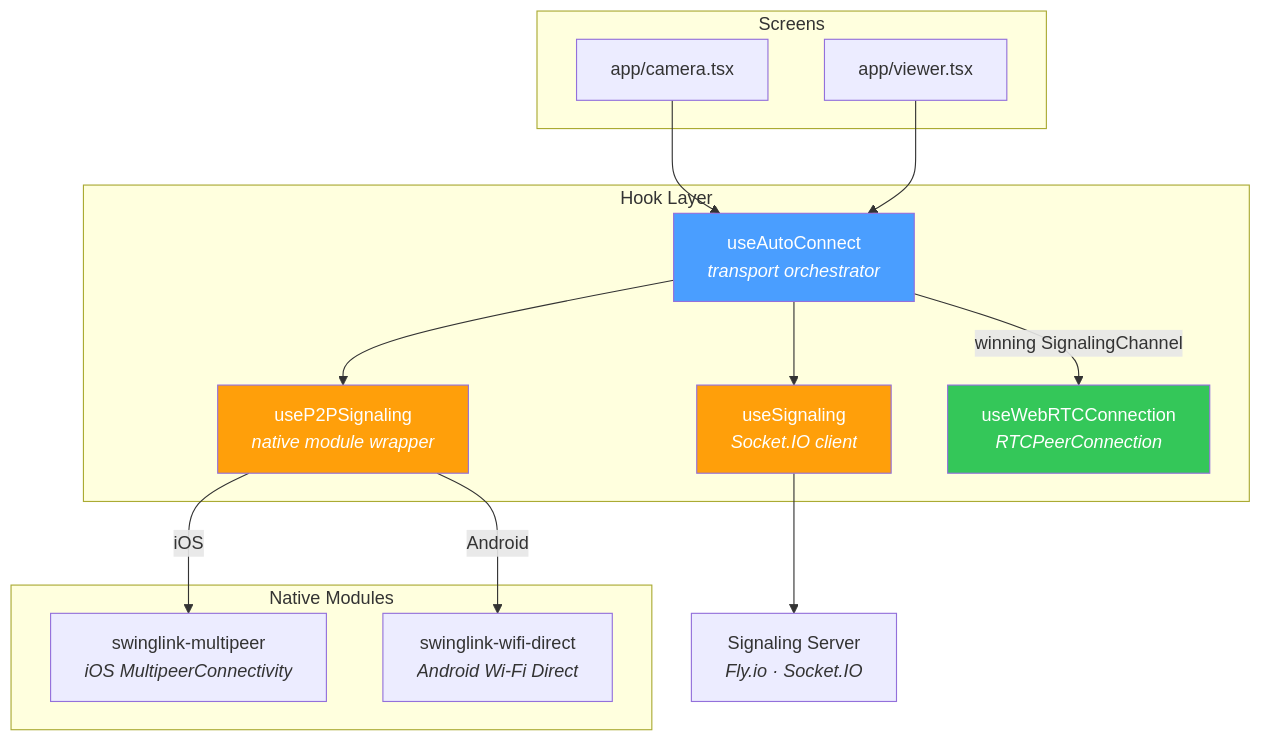
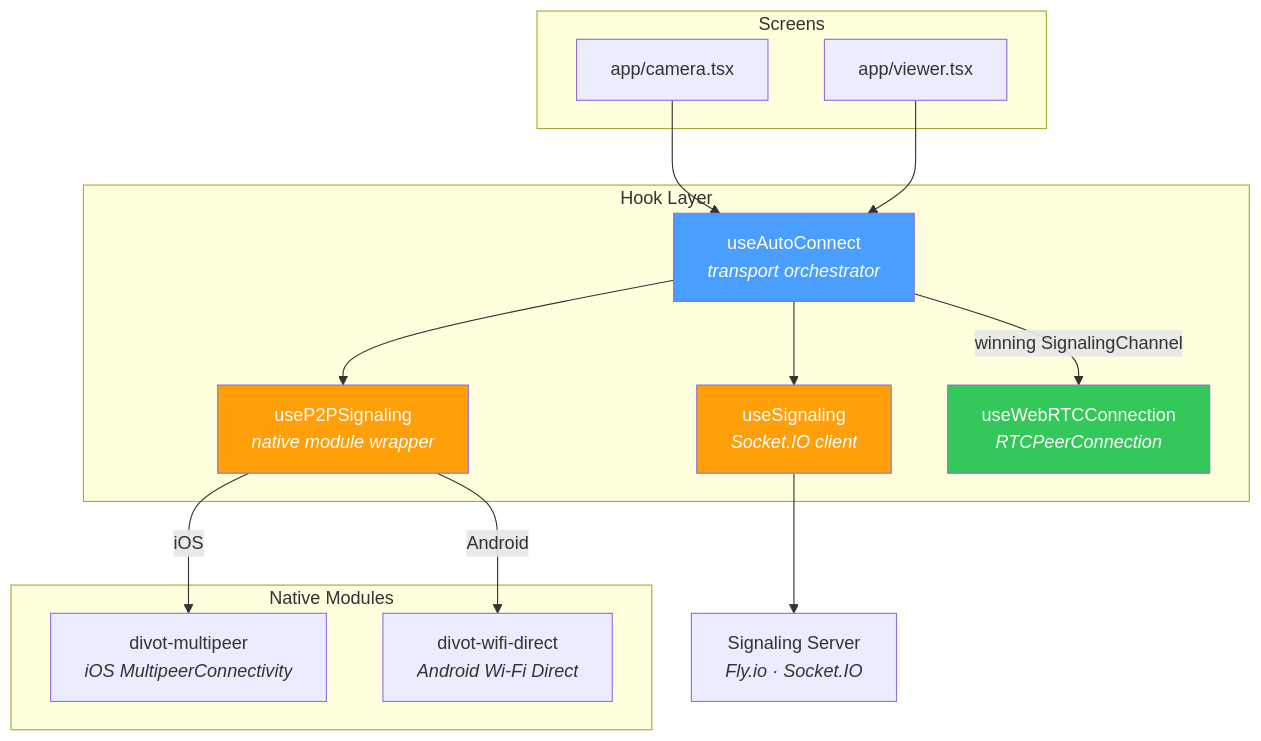
One commit to dough654/divot changed the first of 14 diagrams in docs/architecture/connection-flow-diagrams.md. Above: the diagram before and after it, drawn with Mermaid. The commit also changed other lines of this file and 138 other files, not shown here.

First line of the commit message:
Rename native modules and Android packages from swinglink to divot

````diff
--- a/docs/architecture/connection-flow-diagrams.md
+++ b/docs/architecture/connection-flow-diagrams.md
@@ -23,34 +23,34 @@
 ```mermaid
 graph TB
     subgraph Screens
         CAM[app/camera.tsx]
         VIEW[app/viewer.tsx]
     end
 
     subgraph "Hook Layer"
         AC[useAutoConnect<br/><i>transport orchestrator</i>]
         P2P[useP2PSignaling<br/><i>native module wrapper</i>]
         SIG[useSignaling<br/><i>Socket.IO client</i>]
         WEBRTC[useWebRTCConnection<br/><i>RTCPeerConnection</i>]
     end
 
     subgraph "Native Modules"
-        MPC[swinglink-multipeer<br/><i>iOS MultipeerConnectivity</i>]
-        WD[swinglink-wifi-direct<br/><i>Android Wi-Fi Direct</i>]
+        MPC[divot-multipeer<br/><i>iOS MultipeerConnectivity</i>]
+        WD[divot-wifi-direct<br/><i>Android Wi-Fi Direct</i>]
     end
 
     SERVER[Signaling Server<br/><i>Fly.io · Socket.IO</i>]
 
     CAM & VIEW --> AC
     AC --> P2P
     AC --> SIG
     AC -- "winning SignalingChannel" --> WEBRTC
     P2P -- "iOS" --> MPC
     P2P -- "Android" --> WD
     SIG --> SERVER
 
     style AC fill:#4a9eff,color:#fff
     style WEBRTC fill:#34c759,color:#fff
     style P2P fill:#ff9f0a,color:#fff
     style SIG fill:#ff9f0a,color:#fff
 ```
````
